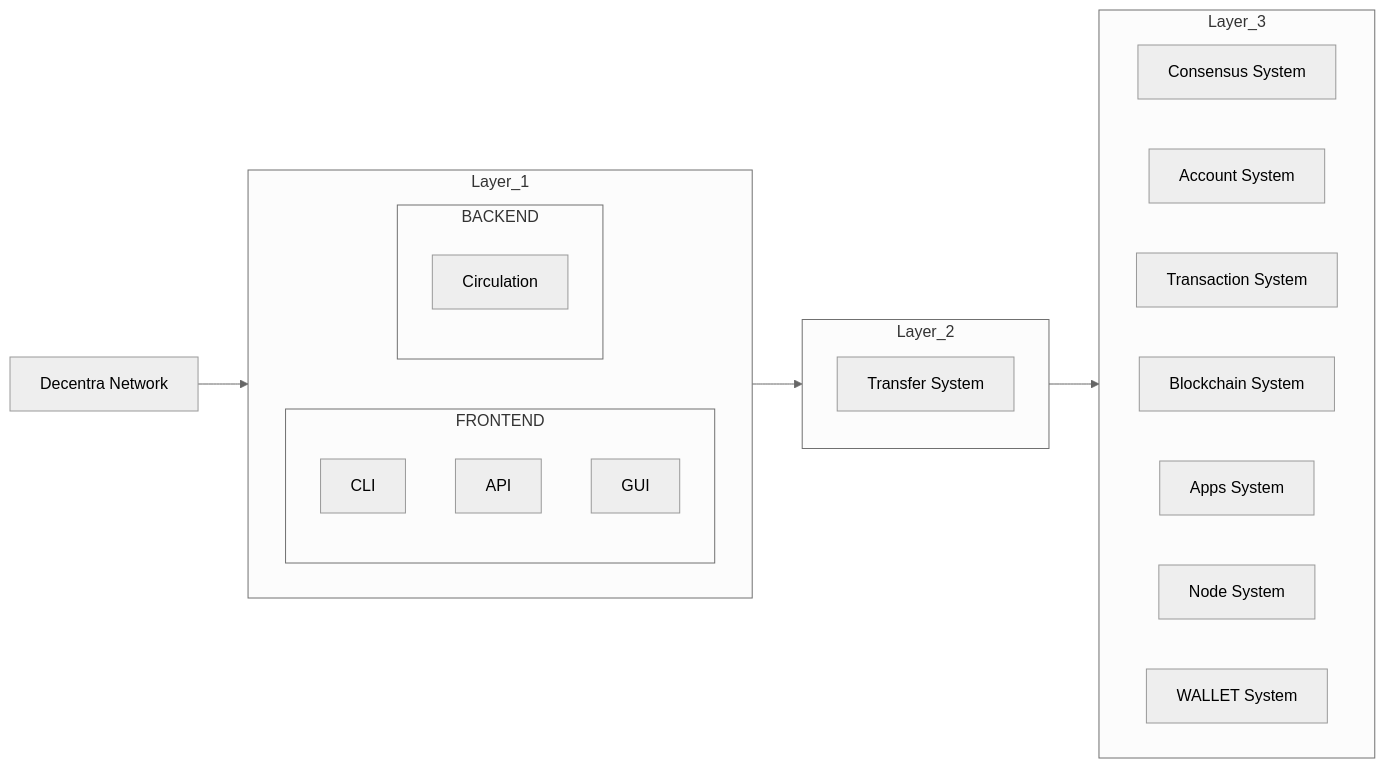
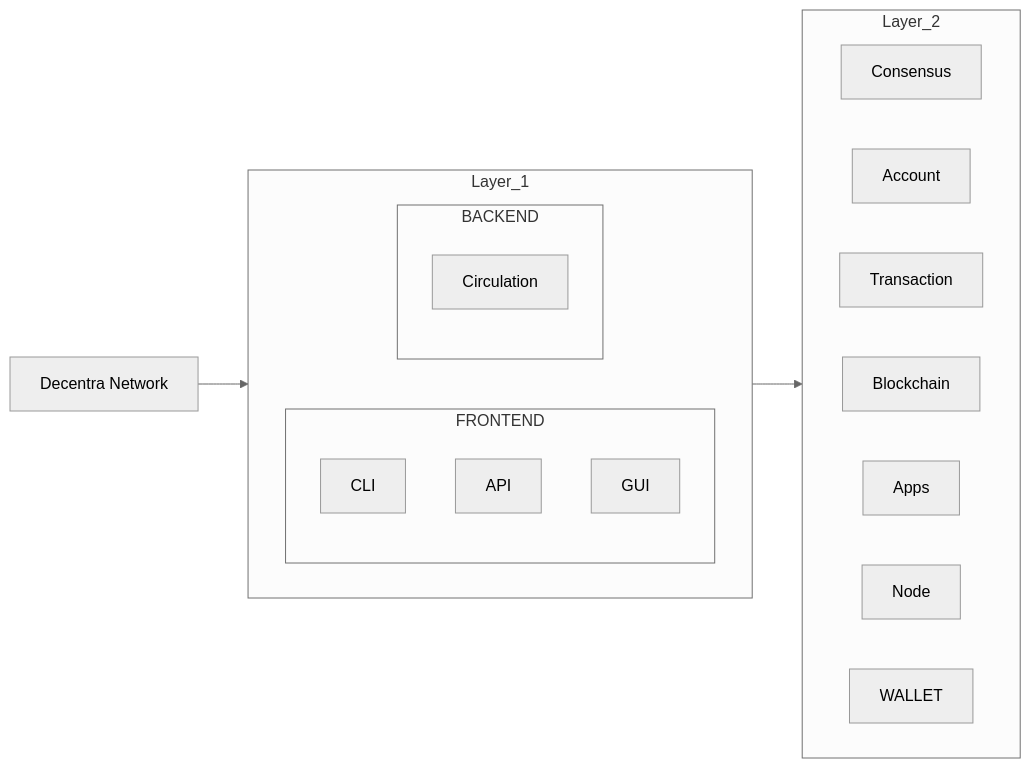
Before and after one commit to Naruno/Naruno: the diagram in docs/concepts/architecture.md, drawn with Mermaid (neutral theme). The commit also changed other lines of this file, not shown here.

Commit message:
docs: Some improvements for Architecture

````diff
--- a/docs/concepts/architecture.md
+++ b/docs/concepts/architecture.md
@@ -24,64 +22,56 @@
 ```mermaid
 flowchart LR
 DN[Decentra Network]
 
 subgraph FRONTEND
   CLI
   API
   GUI
 end
 
 
 
 subgraph BACKEND
   Circulation
 end
 
 
 
 
 subgraph Layer_1
   direction LR
   FRONTEND
   BACKEND
 end
 
 
-subgraph Layer_2
-  Transfer
-end
-
-Transfer[Transfer System]
 
 
 
+CONSENSUS[Consensus]
+ACCOUNT[Account]
+TRANSACTION[Transaction]
+BLOCKCHAIN[Blockchain]
+APPS[Apps]
+NODE[Node]
+WALLETS[WALLET]
 
-
-
-CONSENSUS[Consensus System]
-ACCOUNT[Account System]
-TRANSACTION[Transaction System]
-BLOCKCHAIN[Blockchain System]
-APPS[Apps System]
-NODE[Node System]
-WALLETS[WALLET System]
-
-subgraph Layer_3
+subgraph Layer_2
     direction LR
     CONSENSUS
     ACCOUNT
     TRANSACTION
     BLOCKCHAIN
     APPS
     NODE
     WALLETS
 end
 
 DN --> Layer_1
 Layer_1 --> Layer_2
-Layer_2 --> Layer_3
+
 
 
 
 
 ```
````
